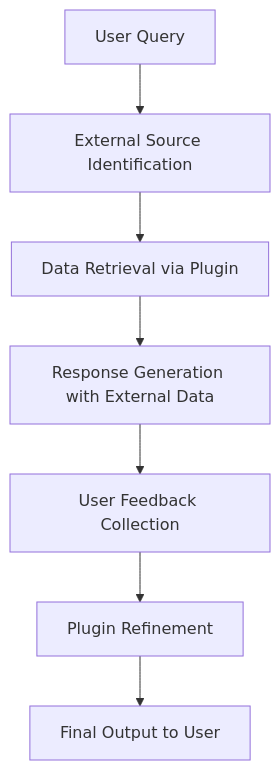
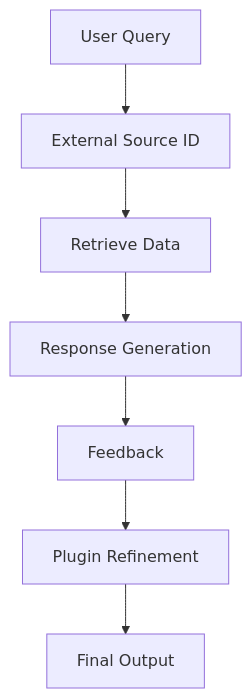
Before and after one commit to Dinuk-Di/RAG-Architectures: the ninth of 25 diagrams in Readme.md, drawn with Mermaid. The commit also changed other lines of this file, not shown here.

````diff
--- a/Readme.md
+++ b/Readme.md
@@ -159,9 +187,9 @@
 ```mermaid
 flowchart TD
-    A[User Query] --> B[External Source Identification]
-    B --> C[Data Retrieval via Plugin]
-    C --> D[Response Generation with External Data]
-    D --> E[User Feedback Collection]
+    A[User Query] --> B[External Source ID]
+    B --> C[Retrieve Data]
+    C --> D[Response Generation]
+    D --> E[Feedback]
     E --> F[Plugin Refinement]
-    F --> G[Final Output to User]
+    F --> G[Final Output]
 ```
````
